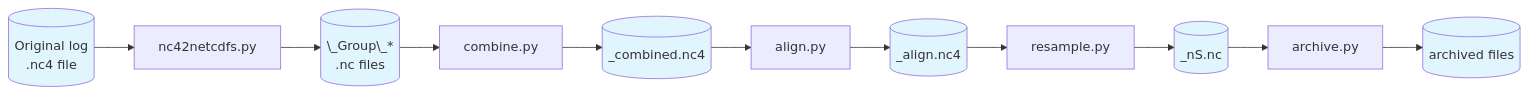
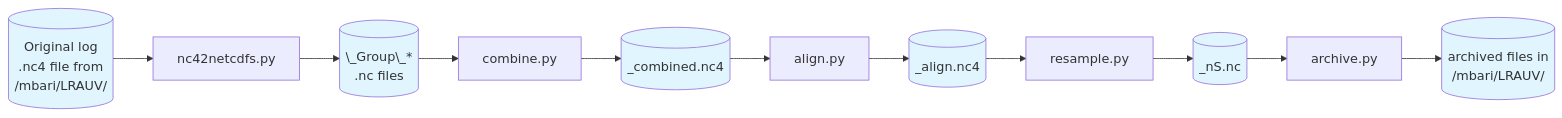
The diagram in LRAUV_WORKFLOW.md (mbari-org/auv-python), drawn with Mermaid before and after one commit.

Commit message:
Add /mbari/LRAUV directory.

````diff
--- a/LRAUV_WORKFLOW.md
+++ b/LRAUV_WORKFLOW.md
@@ -5,32 +5,32 @@
 ```mermaid
 flowchart LR
-    Z[(Original log<br/>.nc4 file)]
+    Z[(Original log<br/>.nc4 file from<br>/mbari/LRAUV/)]
     A[nc42netcdfs.py]
     B[(\_Group\_*<br/>.nc files)]
     C[combine.py]
     D[(_combined.nc4)]
     E[align.py]
     F[(_align.nc4)]
     G[resample.py]
     H[(_nS.nc)]
     I[archive.py]
-    J[(archived files)]
+    J[(archived files in<br>/mbari/LRAUV/)]
     
     Z --> A
     A --> B
     B --> C
     C --> D
     D --> E
     E --> F
     F --> G
     G --> H
     H --> I
     I --> J
     
     style Z fill:#e1f5ff
     style B fill:#e1f5ff
     style D fill:#e1f5ff
     style F fill:#e1f5ff
     style H fill:#e1f5ff
     style J fill:#e1f5ff
 ```
````
